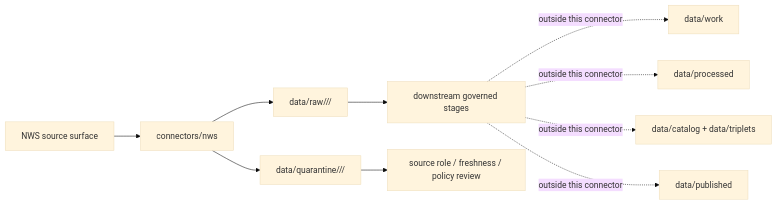
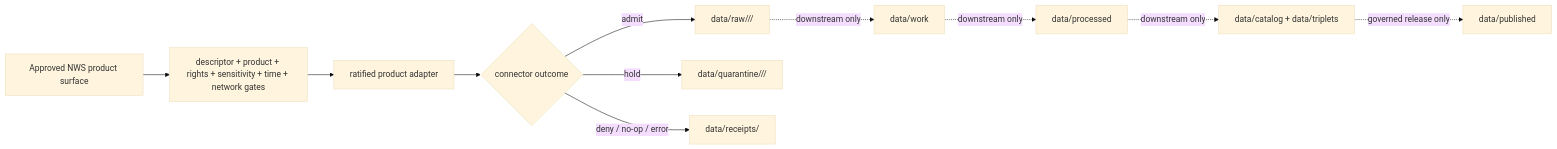
One commit to bartytime4life/Kansas-Frontier-Matrix changed the diagram in connectors/nws/README.md. Above: the diagram before and after it, drawn with Mermaid (base theme). The commit also changed other lines of this file, not shown here.

Commit message:
docs(connectors): harden NWS coordination boundary

````diff
--- a/connectors/nws/README.md
+++ b/connectors/nws/README.md
@@ -149,12 +375,13 @@
 ```mermaid
 flowchart LR
-  SRC[NWS source surface] --> CONN[connectors/nws]
-  CONN --> RAW[data/raw/<domain>/<source_id>/<run_id>]
-  CONN --> QUAR[data/quarantine/<domain>/<source_id>/<run_id>]
-  RAW --> NEXT[downstream governed stages]
-  QUAR --> REVIEW[source role / freshness / policy review]
-  NEXT -. outside this connector .-> WORK[data/work]
-  NEXT -. outside this connector .-> PROC[data/processed]
-  NEXT -. outside this connector .-> CAT[data/catalog + data/triplets]
-  NEXT -. outside this connector .-> PUB[data/published]
+  EXT[Approved NWS product surface] --> GATE[descriptor + product + rights + sensitivity + time + network gates]
+  GATE --> ADAPTER[ratified product adapter]
+  ADAPTER --> DECIDE{connector outcome}
+  DECIDE -->|admit| RAW[data/raw/<domain>/<source_id>/<run_id>]
+  DECIDE -->|hold| QUAR[data/quarantine/<domain>/<source_id>/<run_id>]
+  DECIDE -->|deny / no-op / error| REC[data/receipts/<run_id>]
+  RAW -. downstream only .-> WORK[data/work]
+  WORK -. downstream only .-> PROC[data/processed]
+  PROC -. downstream only .-> CAT[data/catalog + data/triplets]
+  CAT -. governed release only .-> PUB[data/published]
 ```
````
